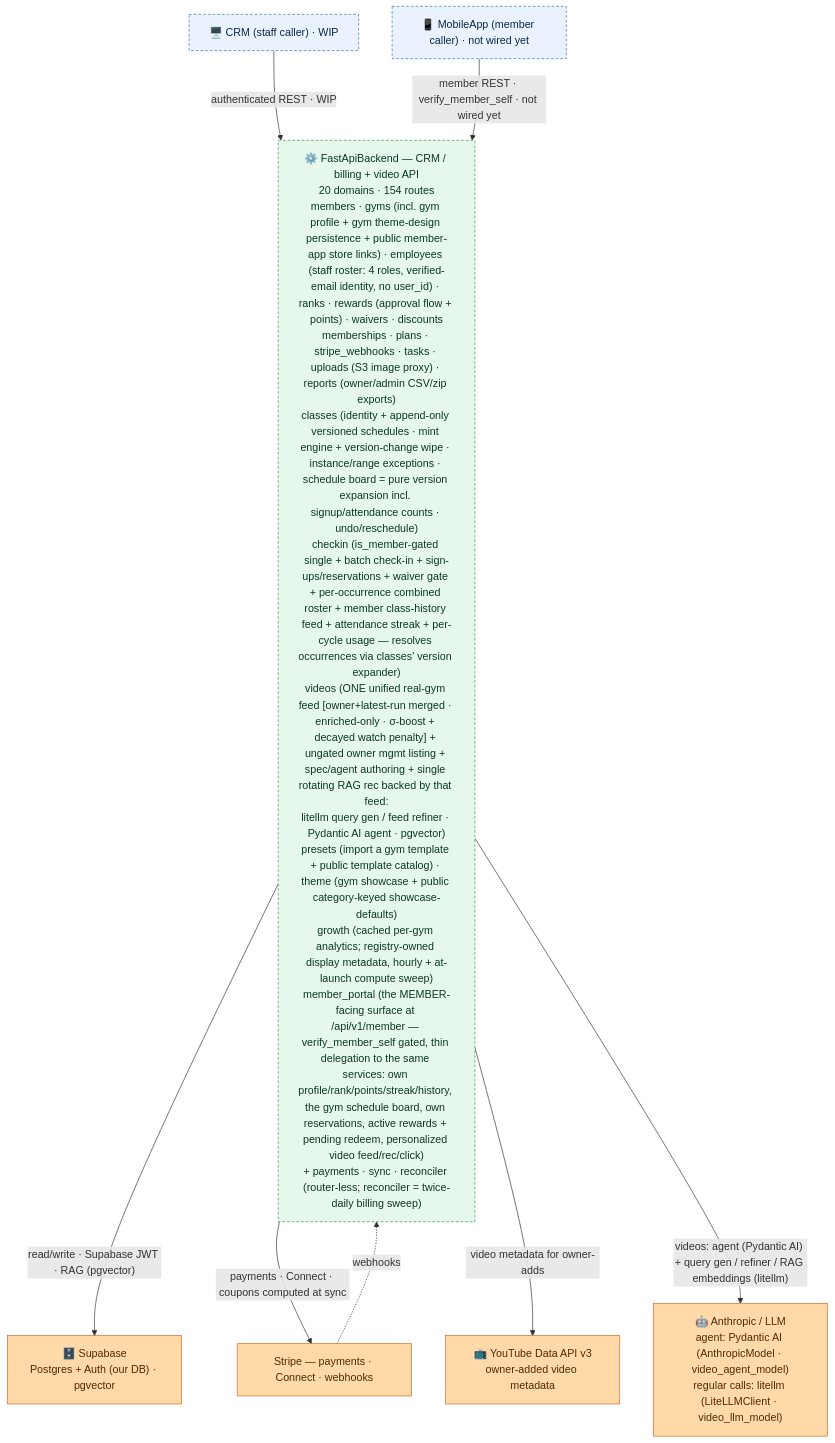
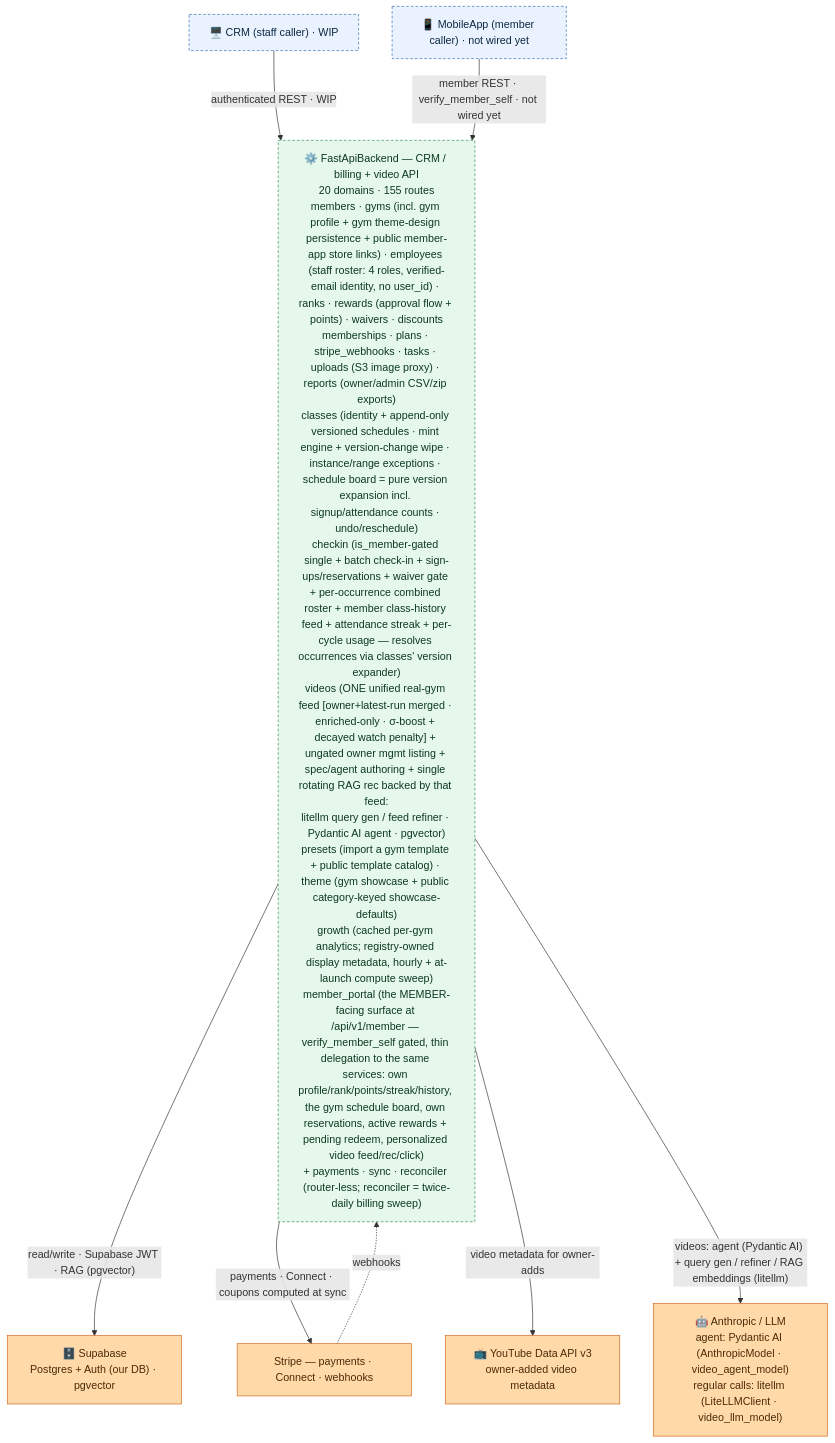
One commit to jesse51002/CombatDen changed the diagram in FastApiBackend/README.md. Above: the diagram before and after it, drawn with Mermaid. The commit also changed other lines of this file and 44 other files, not shown here.

First line of the commit message:
Kiosk signup: existing-member payers, pinned identity, forgiving declines

````diff
--- a/FastApiBackend/README.md
+++ b/FastApiBackend/README.md
@@ -16,26 +16,26 @@
 ```mermaid
 flowchart TB
   CRM["🖥️ CRM (staff caller) · WIP"]
   MobileApp["📱 MobileApp (member caller) · not wired yet"]
-  FB["⚙️ FastApiBackend — CRM / billing + video API<br/>20 domains · 154 routes<br/>members · gyms (incl. gym profile + gym theme-design persistence + public member-app store links) · employees (staff roster: 4 roles, verified-email identity, no user_id) · ranks · rewards (approval flow + points) · waivers · discounts<br/>memberships · plans · stripe_webhooks · tasks · uploads (S3 image proxy) · reports (owner/admin CSV/zip exports)<br/>classes (identity + append-only versioned schedules · mint engine + version-change wipe · instance/range exceptions · schedule board = pure version expansion incl. signup/attendance counts · undo/reschedule)<br/>checkin (is_member-gated single + batch check-in + sign-ups/reservations + waiver gate + per-occurrence combined roster + member class-history feed + attendance streak + per-cycle usage — resolves occurrences via classes' version expander)<br/>videos (ONE unified real-gym feed [owner+latest-run merged · enriched-only · σ-boost + decayed watch penalty] + ungated owner mgmt listing + spec/agent authoring + single rotating RAG rec backed by that feed:<br/>litellm query gen / feed refiner · Pydantic AI agent · pgvector)<br/>presets (import a gym template + public template catalog) · theme (gym showcase + public category-keyed showcase-defaults)<br/>growth (cached per-gym analytics; registry-owned display metadata, hourly + at-launch compute sweep)<br/>member_portal (the MEMBER-facing surface at /api/v1/member — verify_member_self gated, thin delegation to the same services: own profile/rank/points/streak/history, the gym schedule board, own reservations, active rewards + pending redeem, personalized video feed/rec/click)<br/>+ payments · sync · reconciler (router-less; reconciler = twice-daily billing sweep)"]
+  FB["⚙️ FastApiBackend — CRM / billing + video API<br/>20 domains · 155 routes<br/>members · gyms (incl. gym profile + gym theme-design persistence + public member-app store links) · employees (staff roster: 4 roles, verified-email identity, no user_id) · ranks · rewards (approval flow + points) · waivers · discounts<br/>memberships · plans · stripe_webhooks · tasks · uploads (S3 image proxy) · reports (owner/admin CSV/zip exports)<br/>classes (identity + append-only versioned schedules · mint engine + version-change wipe · instance/range exceptions · schedule board = pure version expansion incl. signup/attendance counts · undo/reschedule)<br/>checkin (is_member-gated single + batch check-in + sign-ups/reservations + waiver gate + per-occurrence combined roster + member class-history feed + attendance streak + per-cycle usage — resolves occurrences via classes' version expander)<br/>videos (ONE unified real-gym feed [owner+latest-run merged · enriched-only · σ-boost + decayed watch penalty] + ungated owner mgmt listing + spec/agent authoring + single rotating RAG rec backed by that feed:<br/>litellm query gen / feed refiner · Pydantic AI agent · pgvector)<br/>presets (import a gym template + public template catalog) · theme (gym showcase + public category-keyed showcase-defaults)<br/>growth (cached per-gym analytics; registry-owned display metadata, hourly + at-launch compute sweep)<br/>member_portal (the MEMBER-facing surface at /api/v1/member — verify_member_self gated, thin delegation to the same services: own profile/rank/points/streak/history, the gym schedule board, own reservations, active rewards + pending redeem, personalized video feed/rec/click)<br/>+ payments · sync · reconciler (router-less; reconciler = twice-daily billing sweep)"]
   Supabase["🗄️ Supabase<br/>Postgres + Auth (our DB) · pgvector"]
   Stripe["Stripe — payments · Connect · webhooks"]
   YouTube["📺 YouTube Data API v3<br/>owner-added video metadata"]
   LLMProvider["🤖 Anthropic / LLM<br/>agent: Pydantic AI (AnthropicModel · video_agent_model)<br/>regular calls: litellm (LiteLLMClient · video_llm_model)"]
   CRM -->|"authenticated REST · WIP"| FB
   MobileApp -->|"member REST · verify_member_self · not wired yet"| FB
   FB -->|"read/write · Supabase JWT · RAG (pgvector)"| Supabase
   FB -->|"payments · Connect · coupons computed at sync"| Stripe
   Stripe -.->|"webhooks"| FB
   FB -->|"video metadata for owner-adds"| YouTube
   FB -->|"videos: agent (Pydantic AI) + query gen / refiner / RAG embeddings (litellm)"| LLMProvider
   classDef client fill:#eaf2ff,stroke:#2f6fb0,color:#0b2942;
   classDef svc fill:#e6f7ec,stroke:#2f8f53,color:#0c3a1f;
   classDef ext fill:#ffd9a8,stroke:#d2691e,color:#4a2c08;
   class CRM,MobileApp client;
   class FB svc;
   class Supabase,Stripe,YouTube,LLMProvider ext;
   style CRM stroke-dasharray:4 3;
   style MobileApp stroke-dasharray:4 3;
   style FB stroke-dasharray:4 3;
 ```
````
